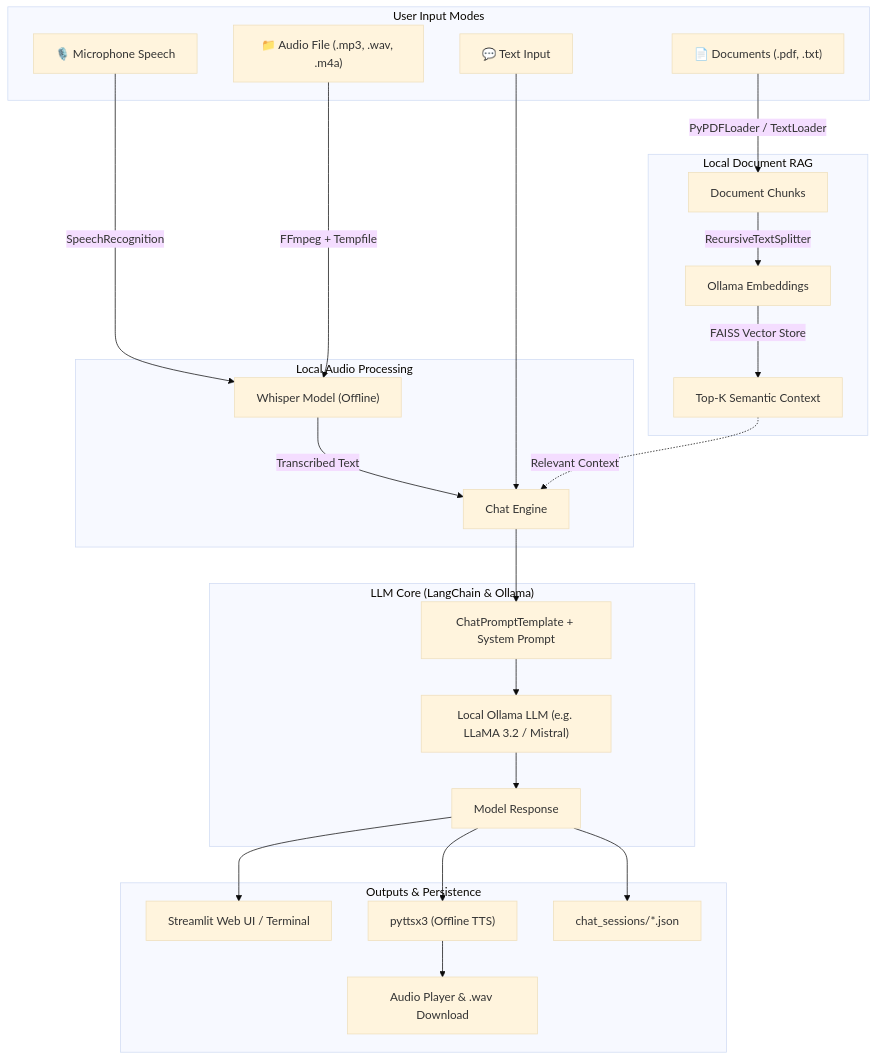
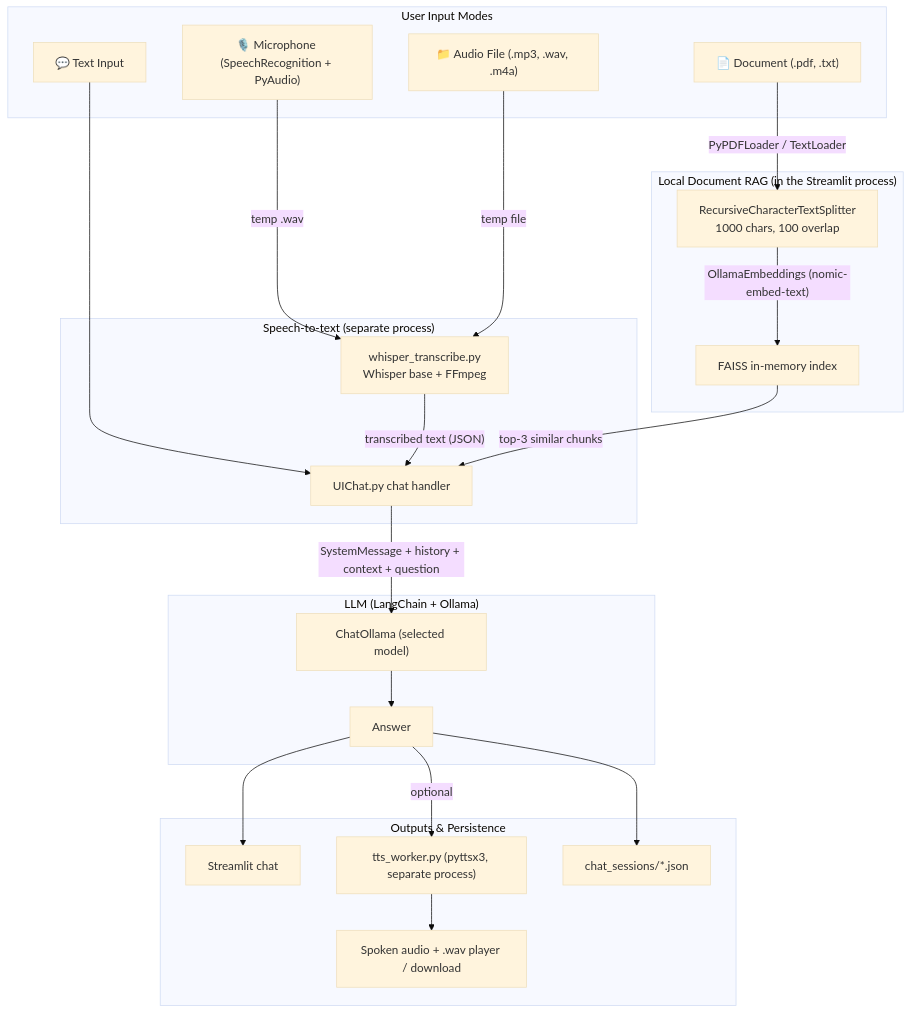
One commit to Siddhi0808/PrivaEdge changed the diagram in README.md. Above: the diagram before and after it, drawn with Mermaid (base theme). The commit also changed other lines of this file and 26 other files, not shown here.

````diff
--- a/README.md
+++ b/README.md
@@ -55,37 +48,35 @@
 ```mermaid
 flowchart TD
     subgraph Inputs["User Input Modes"]
         A1["💬 Text Input"]
-        A2["🎙️ Microphone Speech"]
+        A2["🎙️ Microphone (SpeechRecognition + PyAudio)"]
         A3["📁 Audio File (.mp3, .wav, .m4a)"]
-        A4["📄 Documents (.pdf, .txt)"]
+        A4["📄 Document (.pdf, .txt)"]
     end
 
-    subgraph SpeechLayer["Local Audio Processing"]
-        A2 -->|SpeechRecognition| W["Whisper Model (Offline)"]
-        A3 -->|FFmpeg + Tempfile| W
-        W -->|"Transcribed Text"| B["Chat Engine"]
+    subgraph SpeechLayer["Speech-to-text (separate process)"]
+        A2 -->|temp .wav| W["whisper_transcribe.py<br/>Whisper base + FFmpeg"]
+        A3 -->|temp file| W
+        W -->|"transcribed text (JSON)"| B["UIChat.py chat handler"]
     end
 
-    subgraph RAGLayer["Local Document RAG"]
-        A4 -->|"PyPDFLoader / TextLoader"| D1["Document Chunks"]
-        D1 -->|"RecursiveTextSplitter"| D2["Ollama Embeddings"]
-        D2 -->|"FAISS Vector Store"| D3["Top-K Semantic Context"]
+    subgraph RAGLayer["Local Document RAG (in the Streamlit process)"]
+        A4 -->|"PyPDFLoader / TextLoader"| D1["RecursiveCharacterTextSplitter<br/>1000 chars, 100 overlap"]
+        D1 -->|"OllamaEmbeddings (nomic-embed-text)"| D2["FAISS in-memory index"]
+        D2 -->|"top-3 similar chunks"| B
     end
 
     A1 --> B
-    D3 -.->|"Relevant Context"| B
 
-    subgraph CoreEngine["LLM Core (LangChain & Ollama)"]
-        B --> P["ChatPromptTemplate + System Prompt"]
-        P --> LLM["Local Ollama LLM (e.g. LLaMA 3.2 / Mistral)"]
-        LLM --> RESP["Model Response"]
+    subgraph CoreEngine["LLM (LangChain + Ollama)"]
+        B -->|"SystemMessage + history + context + question"| LLM["ChatOllama (selected model)"]
+        LLM --> RESP["Answer"]
     end
 
     subgraph Outputs["Outputs & Persistence"]
-        RESP --> UI["Streamlit Web UI / Terminal"]
-        RESP --> TTS["pyttsx3 (Offline TTS)"]
-        TTS --> AUD["Audio Player & .wav Download"]
+        RESP --> UI["Streamlit chat"]
+        RESP -->|optional| TTS["tts_worker.py (pyttsx3, separate process)"]
+        TTS --> AUD["Spoken audio + .wav player / download"]
         RESP --> SESS["chat_sessions/*.json"]
     end
 ```
````
